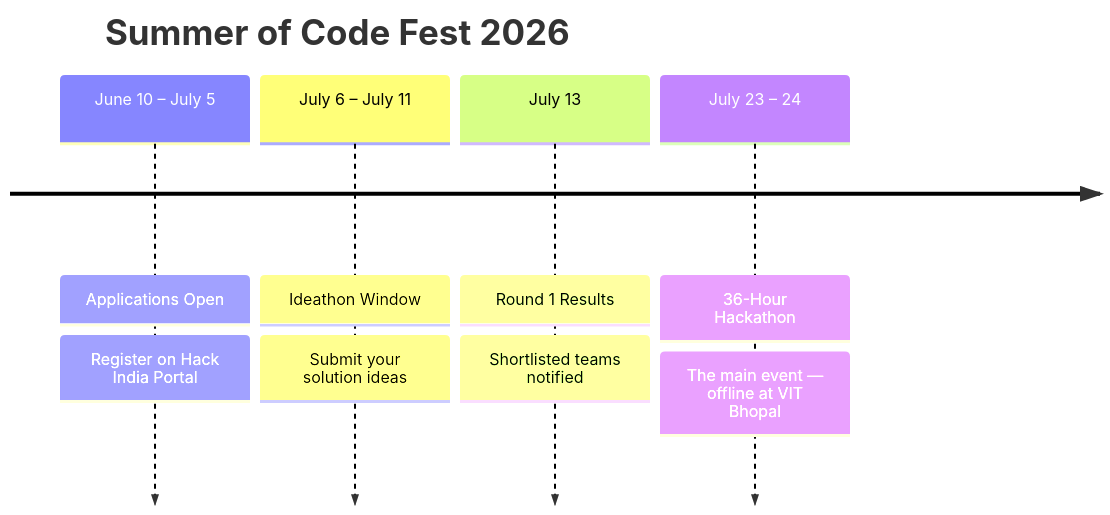
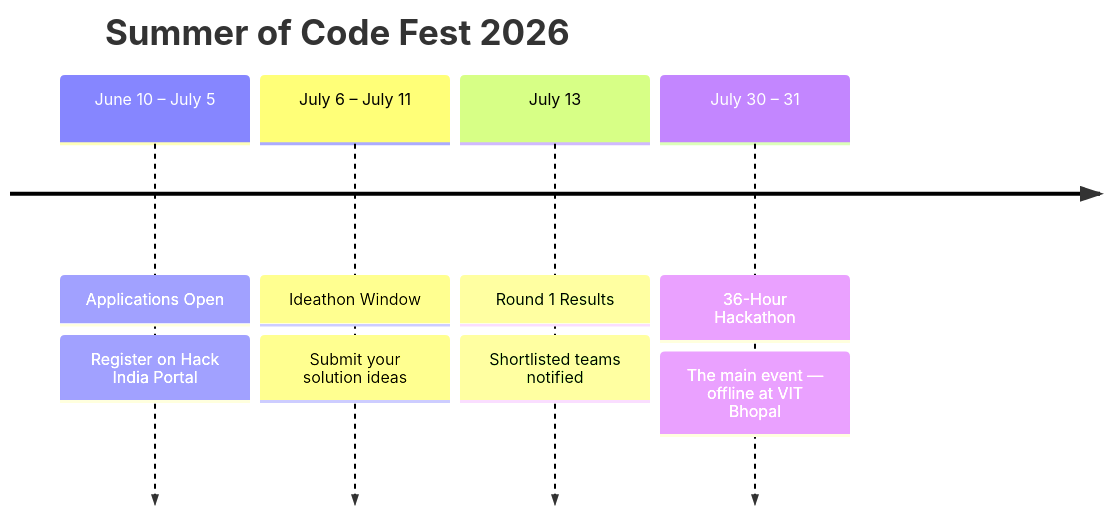
The diagram in README.md (VanshSa017/demo_repo), drawn with Mermaid before and after one commit.

````diff
--- a/README.md
+++ b/README.md
@@ -73,12 +73,12 @@
 ```mermaid
 timeline
-    title         Summer of Code Fest 2026
+    title Summer of Code Fest 2026
     June 10 – July 5  :  Applications Open
                        : Register on Hack India Portal
     July 6 – July 11  :  Ideathon Window
                        : Submit your solution ideas
     July 13            :  Round 1 Results 
                        : Shortlisted teams notified
-    July 23 – 24       :  36-Hour Hackathon
+    July 30 – 31       :  36-Hour Hackathon
                        : The main event — offline at VIT Bhopal
 ```
````
